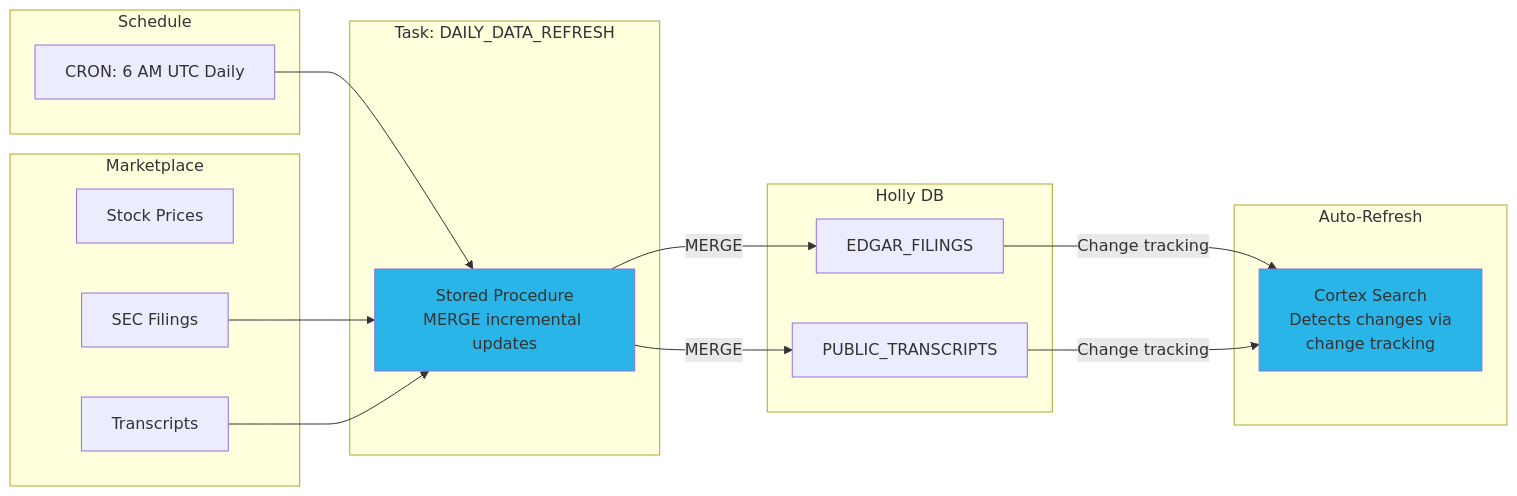
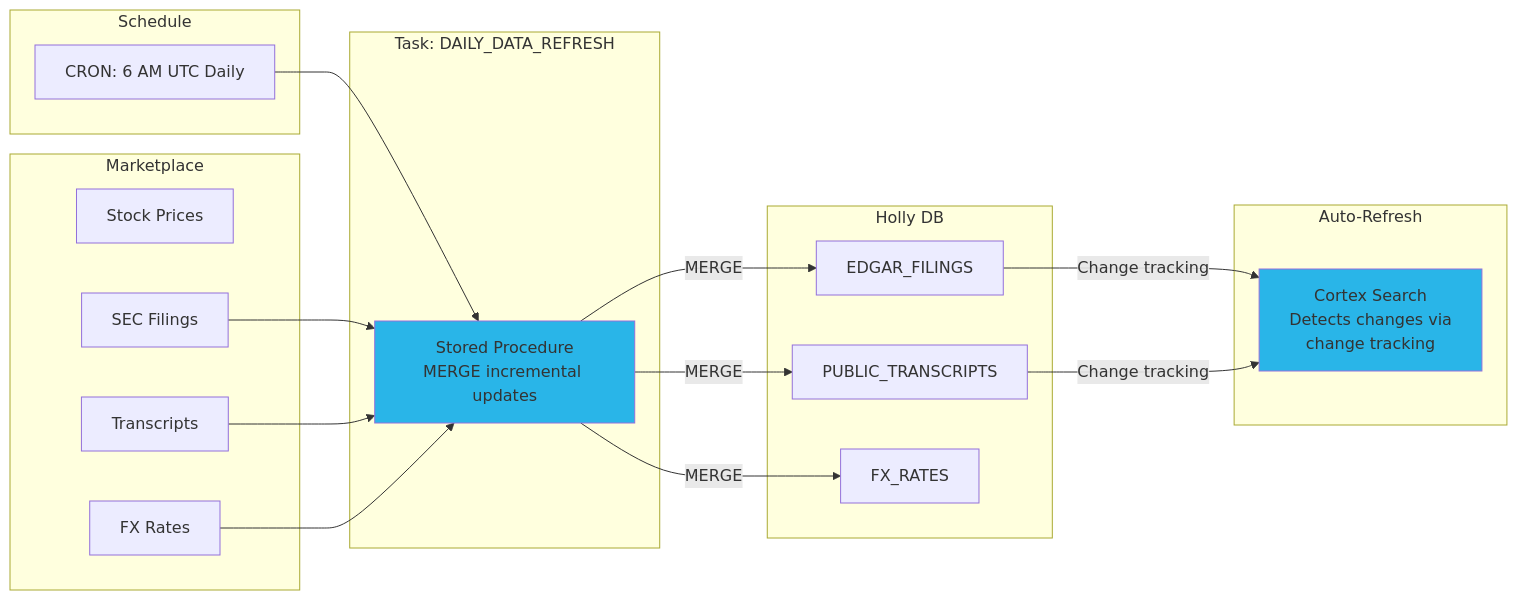
The diagram in step_8_daily_refresh/step8_readme.md (sfc-gh-cmoynihan/holly-labs), drawn with Mermaid before and after one commit. The commit also changed 3 other files, not shown here.

First line of the commit message:
Update all diagrams to include FX rates

````diff
--- a/step_8_daily_refresh/step8_readme.md
+++ b/step_8_daily_refresh/step8_readme.md
@@ -9,36 +9,40 @@
 ```mermaid
 graph LR
     subgraph "Schedule"
         CRON[CRON: 6 AM UTC Daily]
     end
 
     subgraph "Task: DAILY_DATA_REFRESH"
         SP[Stored Procedure<br/>MERGE incremental updates]
     end
 
     subgraph "Marketplace"
         M1[Stock Prices]
         M2[SEC Filings]
         M3[Transcripts]
+        M4[FX Rates]
     end
 
     subgraph "Holly DB"
         T1[EDGAR_FILINGS]
         T2[PUBLIC_TRANSCRIPTS]
+        T3[FX_RATES]
     end
 
     subgraph "Auto-Refresh"
         CS[Cortex Search<br/>Detects changes via<br/>change tracking]
     end
 
     CRON --> SP
     SP -->|MERGE| T1
     SP -->|MERGE| T2
+    SP -->|MERGE| T3
     M2 --> SP
     M3 --> SP
+    M4 --> SP
     T1 -->|Change tracking| CS
     T2 -->|Change tracking| CS
 
     style SP fill:#29B5E8
     style CS fill:#29B5E8
 ```
````
